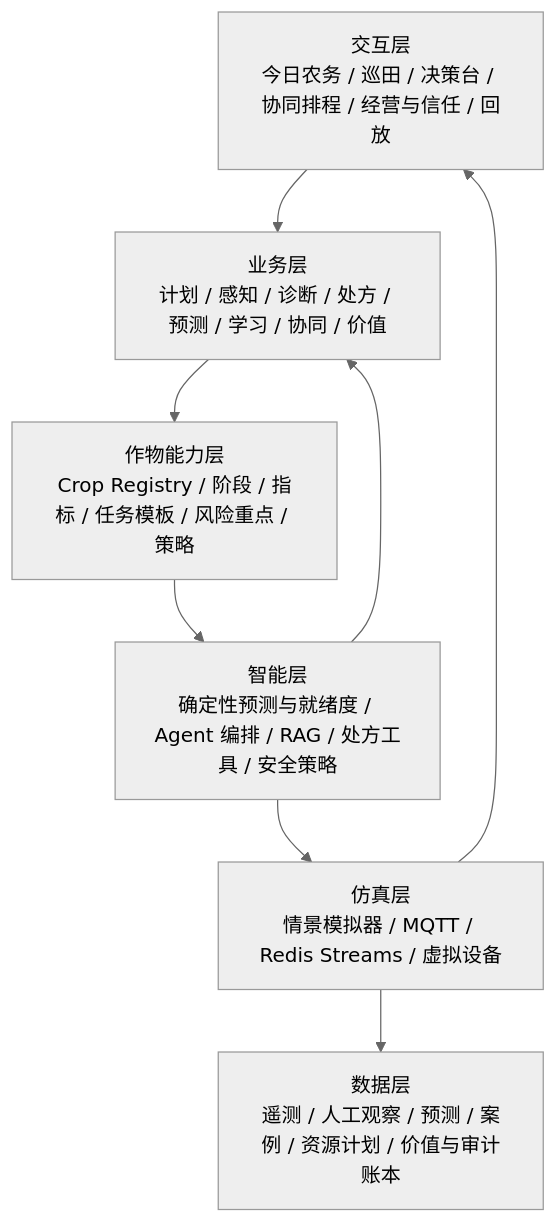
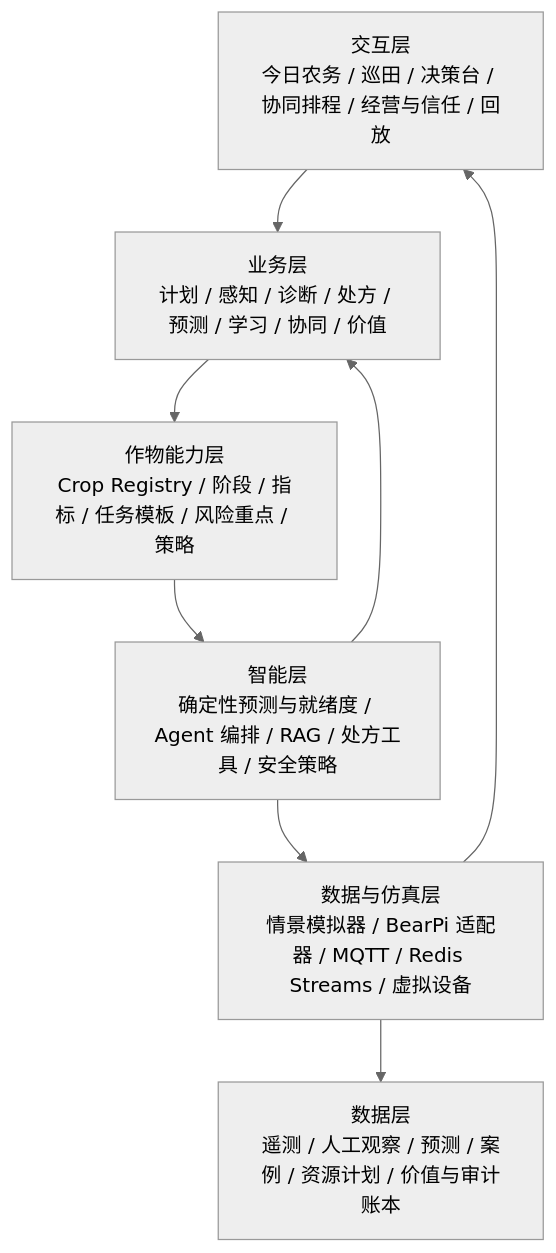
The first of 3 diagrams in README.md (FlowerNeverFade/smart-agriculture), drawn with Mermaid (neutral theme) before and after one commit. The commit also changed other lines of this file and 19 other files, not shown here.

````diff
--- a/README.md
+++ b/README.md
@@ -99,12 +106,12 @@
 ```mermaid
 flowchart TB
     UI[交互层\n今日农务 / 巡田 / 决策台 / 协同排程 / 经营与信任 / 回放]
     BIZ[业务层\n计划 / 感知 / 诊断 / 处方 / 预测 / 学习 / 协同 / 价值]
     CROP[作物能力层\nCrop Registry / 阶段 / 指标 / 任务模板 / 风险重点 / 策略]
     AI[智能层\n确定性预测与就绪度 / Agent 编排 / RAG / 处方工具 / 安全策略]
-    SIM[仿真层\n情景模拟器 / MQTT / Redis Streams / 虚拟设备]
+    SIM[数据与仿真层\n情景模拟器 / BearPi 适配器 / MQTT / Redis Streams / 虚拟设备]
     DATA[数据层\n遥测 / 人工观察 / 预测 / 案例 / 资源计划 / 价值与审计账本]
     UI --> BIZ --> CROP --> AI --> SIM --> DATA
     SIM --> UI
     AI --> BIZ
 ```
````
